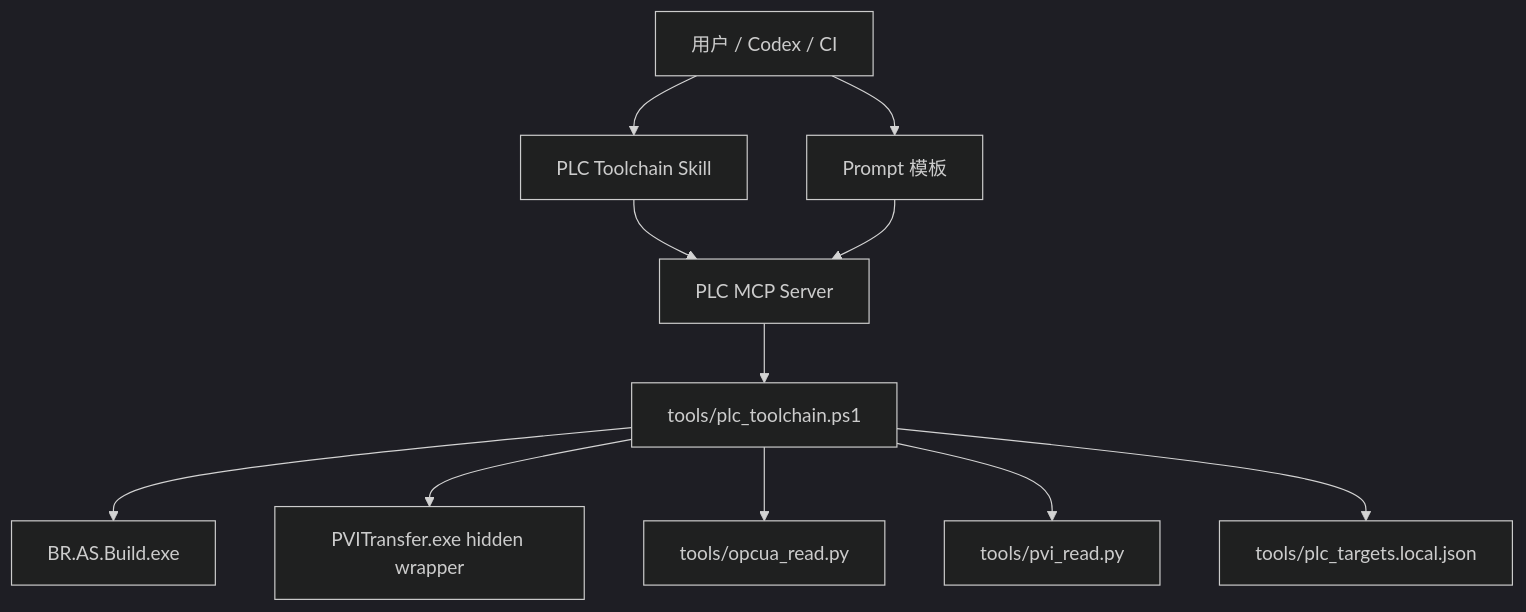
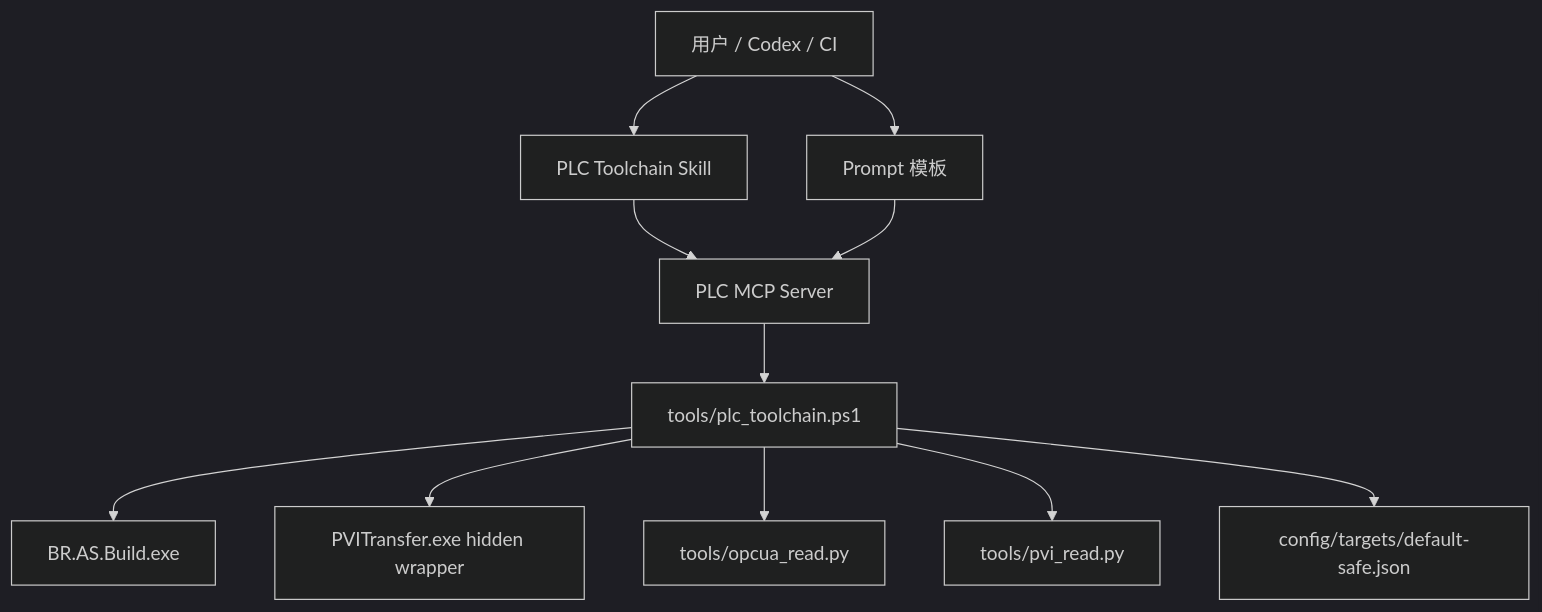
Before and after one commit to cwjwudi/br_device_autodev: the diagram in docs/PLC_MCP_SKILL_PROMPT_ROADMAP.md, drawn with Mermaid (dark theme). The commit also changed other lines of this file and 30 other files, not shown here.

Commit message:
refactor(config): move targets out of tools directory

````diff
--- a/docs/PLC_MCP_SKILL_PROMPT_ROADMAP.md
+++ b/docs/PLC_MCP_SKILL_PROMPT_ROADMAP.md
@@ -47,13 +47,13 @@
 ```mermaid
 flowchart TD
     User["用户 / Codex / CI"] --> Skill["PLC Toolchain Skill"]
     User --> Prompt["Prompt 模板"]
     Skill --> MCP["PLC MCP Server"]
     Prompt --> MCP
     MCP --> CLI["tools/plc_toolchain.ps1"]
     CLI --> Build["BR.AS.Build.exe"]
     CLI --> PVITransfer["PVITransfer.exe hidden wrapper"]
     CLI --> OpcUa["tools/opcua_read.py"]
     CLI --> PviRead["tools/pvi_read.py"]
-    CLI --> Config["tools/plc_targets.local.json"]
+    CLI --> Config["config/targets/default-safe.json"]
 ```
````
